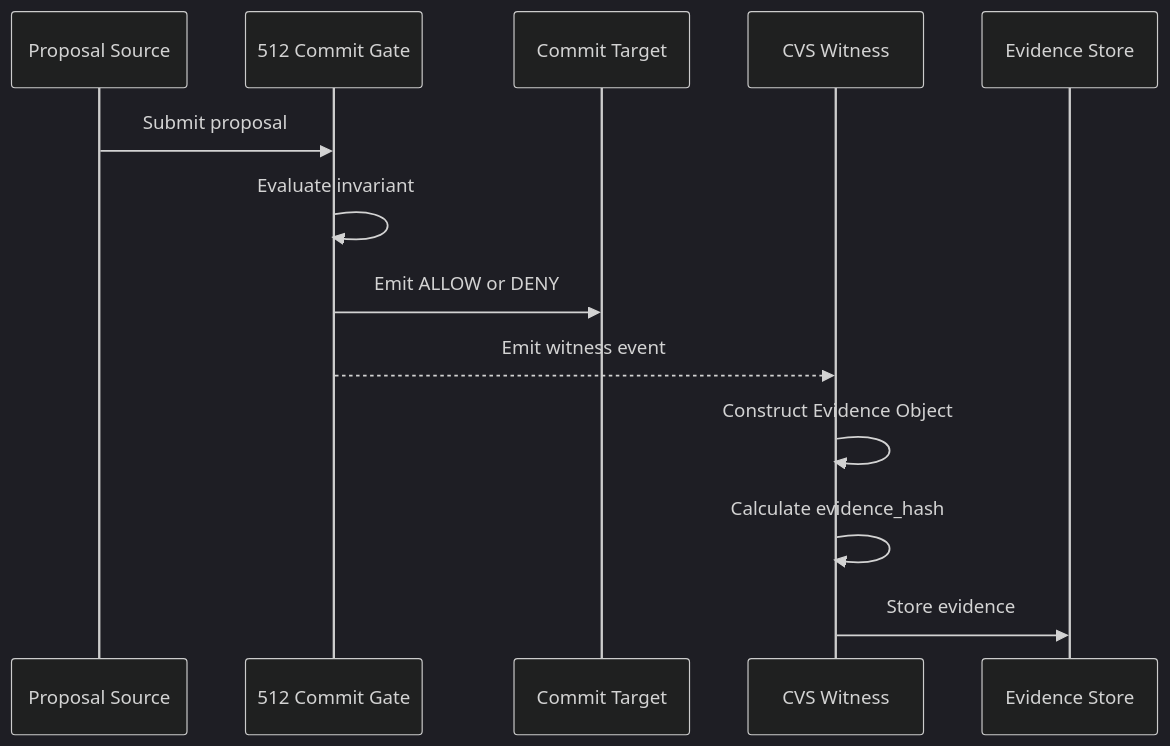
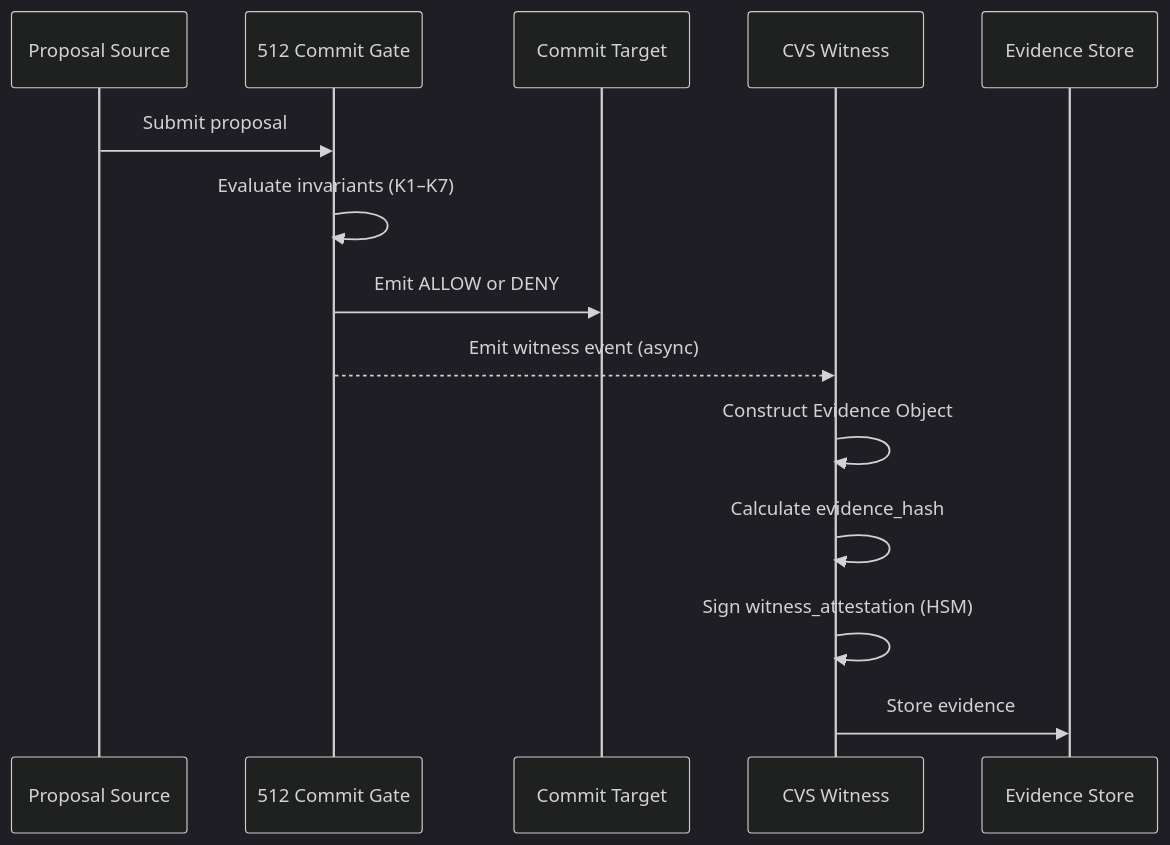
The first of 4 diagrams in diagrams/SEQUENCE.md (JonathanMastersWatson/Evidence-Sidecar), drawn with Mermaid (dark theme) before and after one commit. The commit also changed other lines of this file, not shown here.

First line of the commit message:
Update SEQUENCE.md — gate fail-open sequence added, attestation and naming corrections applied

````diff
--- a/diagrams/SEQUENCE.md
+++ b/diagrams/SEQUENCE.md
@@ -5,16 +5,17 @@
 ```mermaid
 sequenceDiagram
     participant P as Proposal Source
     participant G as 512 Commit Gate
     participant C as Commit Target
     participant W as CVS Witness
     participant S as Evidence Store
 
     P->>G: Submit proposal
-    G->>G: Evaluate invariant
+    G->>G: Evaluate invariants (K1–K7)
     G->>C: Emit ALLOW or DENY
-    G-->>W: Emit witness event
+    G-->>W: Emit witness event (async)
     W->>W: Construct Evidence Object
     W->>W: Calculate evidence_hash
+    W->>W: Sign witness_attestation (HSM)
     W->>S: Store evidence
 ```
````
